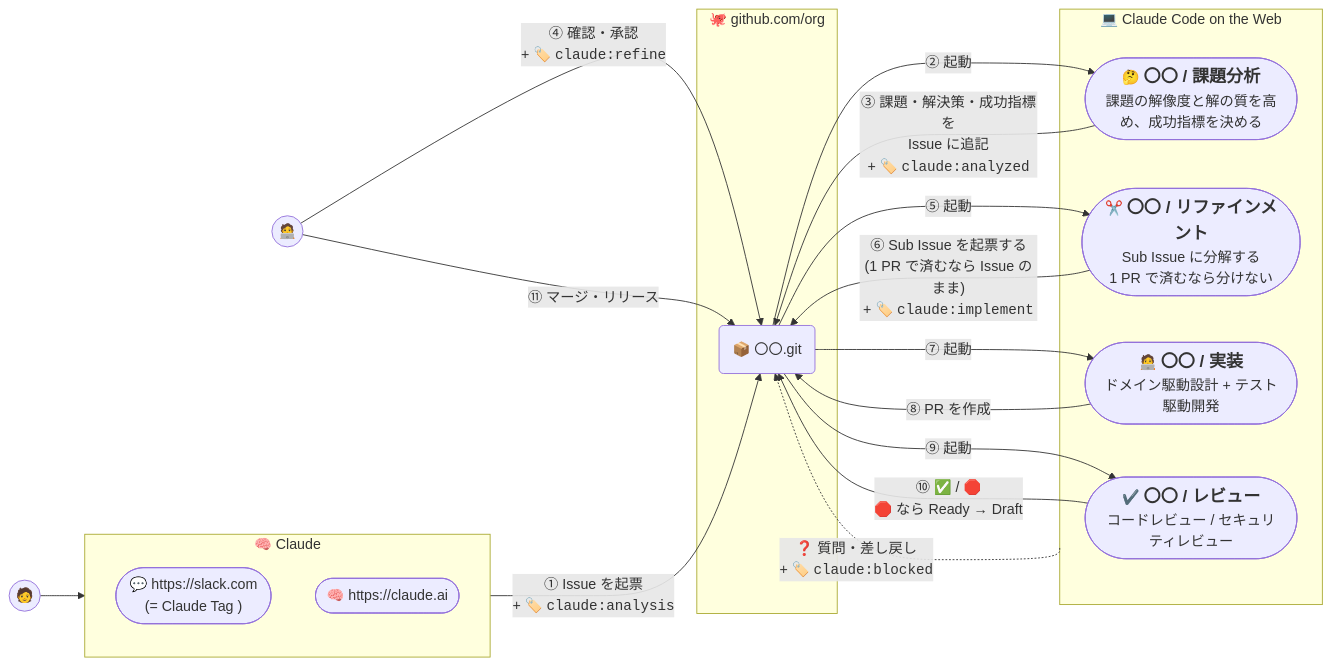
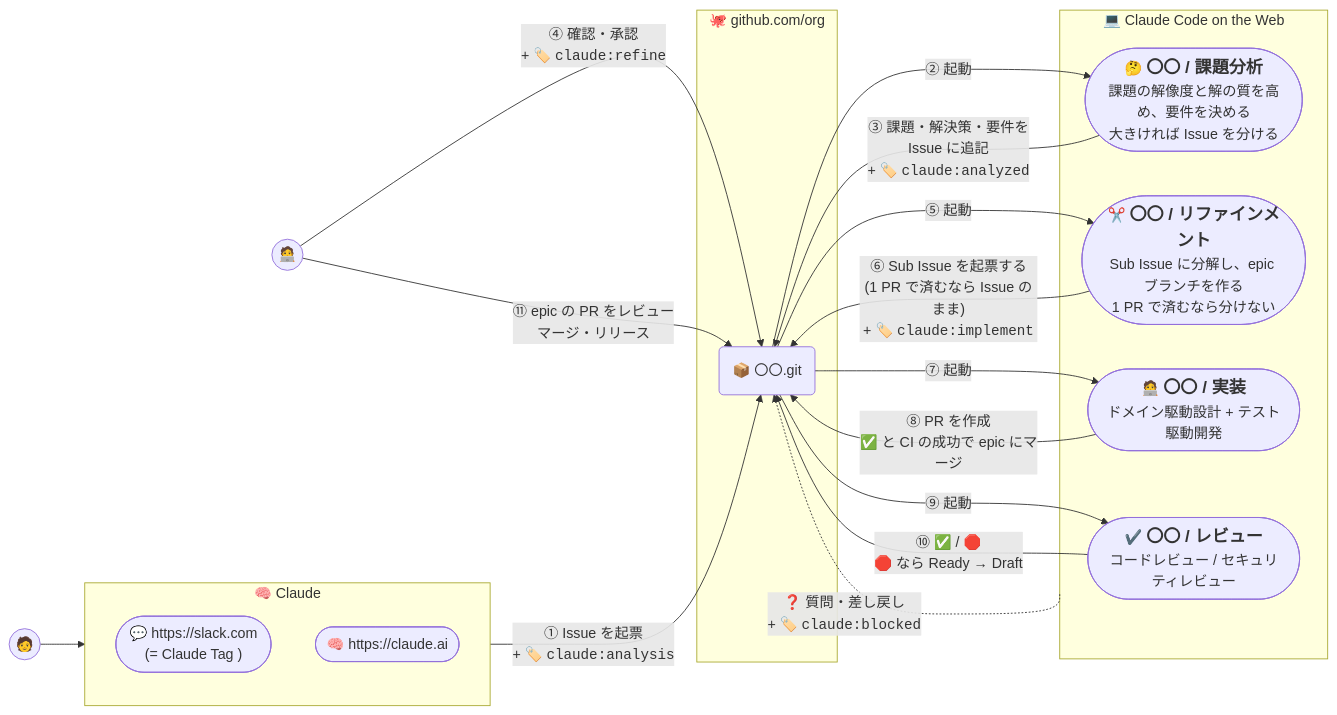
Before and after one commit to theindiehacker/fastship-plugin: the first of 4 diagrams in README.md, drawn with Mermaid. The commit also changed other lines of this file and 10 other files, not shown here.

First line of the commit message:
Sub Issue の PR を epic ブランチにまとめ、成功指標を要件に置き換える

````diff
--- a/README.md
+++ b/README.md
@@ -8,33 +8,33 @@
 ```mermaid
 graph LR;
     Human(("🧑")) --> Claude
     
     subgraph Claude ["🧠 Claude"]
         slack.com(["💬 https://slack.com<br/>(= Claude Tag )"])
         claude.ai(["🧠 https://claude.ai"])
     end
     
     subgraph GitHub ["🐙 github.com/org"]
         Repository("📦 〇〇.git")
     end
 
     subgraph ClaudeCode ["💻 Claude Code on the Web"]
-        analysis(["🤔 <b style='font-size: larger;'>〇〇 / 課題分析</b><br/>課題の解像度と解の質を高め、成功指標を決める"])
-        refinement(["✂️ <b  style='font-size: larger;'>〇〇 / リファインメント</b><br/>Sub Issue に分解する<br/>1 PR で済むなら分けない"])
+        analysis(["🤔 <b style='font-size: larger;'>〇〇 / 課題分析</b><br/>課題の解像度と解の質を高め、要件を決める<br/>大きければ Issue を分ける"])
+        refinement(["✂️ <b  style='font-size: larger;'>〇〇 / リファインメント</b><br/>Sub Issue に分解し、epic ブランチを作る<br/>1 PR で済むなら分けない"])
         implement(["🧑‍💻 <b  style='font-size: larger;'>〇〇 / 実装</b><br/>ドメイン駆動設計 + テスト駆動開発"])
         review(["✔️ <b  style='font-size: larger;'>〇〇 / レビュー</b><br/>コードレビュー / セキュリティレビュー"])
     end
 
     Claude -->|① Issue を起票<br/>+ 🏷️ <code>claude:analysis</code>| Repository -->|② 起動| analysis
-    analysis -->|③ 課題・解決策・成功指標を<br/>Issue に追記<br/>+ 🏷️ <code>claude:analyzed</code>| Repository
+    analysis -->|③ 課題・解決策・要件を<br/>Issue に追記<br/>+ 🏷️ <code>claude:analyzed</code>| Repository
     Developer(("🧑‍💻")) -->|④ 確認・承認<br/>+ 🏷️ <code>claude:refine</code>| Repository
     Repository -->|⑤ 起動| refinement -->|"⑥ Sub Issue を起票する<br/>(1 PR で済むなら Issue のまま)<br/>+ 🏷️ <code>claude:implement</code>"| Repository
     
-    Repository -->|⑦ 起動| implement -->|⑧ PR を作成| Repository
+    Repository -->|⑦ 起動| implement -->|"⑧ PR を作成<br/>✅ と CI の成功で epic にマージ"| Repository
     
     Repository -->|⑨ 起動| review -->|⑩ ✅ / 🛑<br/>🛑 なら Ready → Draft| Repository
 
-    Developer -->|⑪ マージ・リリース| Repository
+    Developer -->|"⑪ epic の PR をレビュー<br/>マージ・リリース"| Repository
 
     ClaudeCode -.->|❓ 質問・差し戻し<br/>+ 🏷️ <code>claude:blocked</code>| Repository
 ```
````
